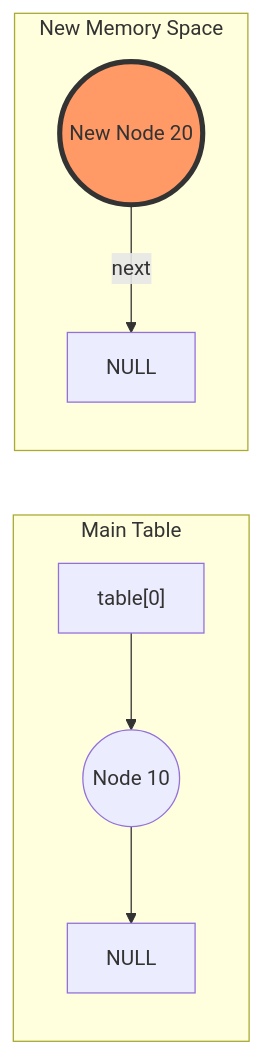
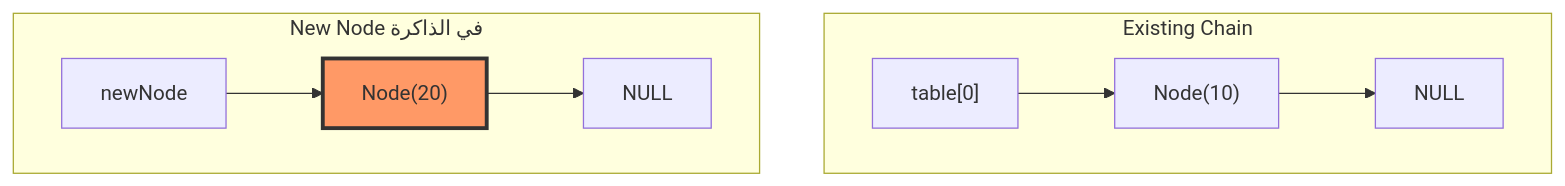
Diagram 11 of 24 in Data Structure/16-Hash Table - lecture codes.md (muhammad-khaled-tech/My-Study-Notes), drawn with Mermaid before and after one commit. The commit also changed other lines of this file and 3 other files, not shown here.

````diff
--- a/Data Structure/16-Hash Table - lecture codes.md
+++ b/Data Structure/16-Hash Table - lecture codes.md
@@ -544,13 +501,14 @@
 ```mermaid
-graph LR
-    subgraph "Main Table"
-    Table["table[0]"] --> Node10((Node 10))
-    Node10 --> NULL1[NULL]
+graph TD
+    subgraph "Existing Chain"
+    T0["table[0]"] --> N10["Node(10)"]
+    N10 --> NULL1[NULL]
     end
-
-    subgraph "New Memory Space"
-    NewNode((New Node 20)) -- next --> NULL2[NULL]
+    
+    subgraph "New Node في الذاكرة"
+    NewN["newNode"] --> N20["Node(20)"]
+    N20 --> NULL2[NULL]
     end
-
-    style NewNode fill:#f96,stroke:#333,stroke-width:4px
+    
+    style N20 fill:#f96,stroke:#333,stroke-width:3px
 ```
````
